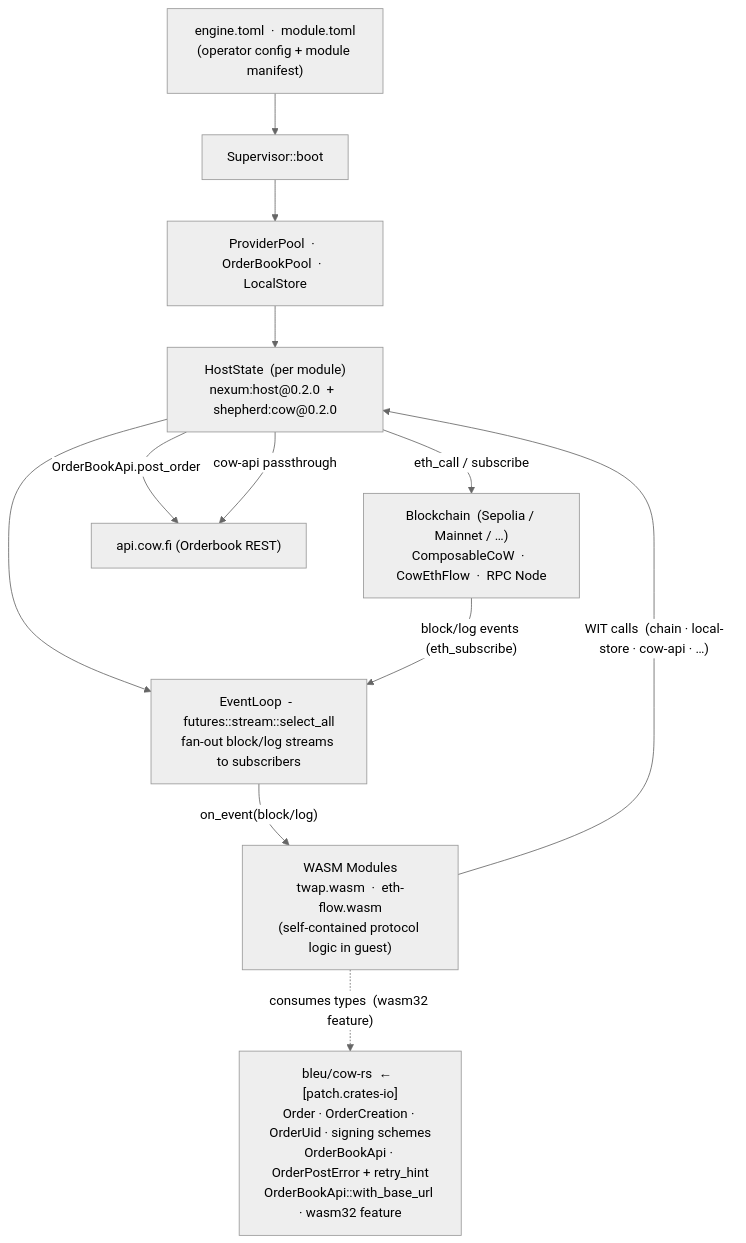
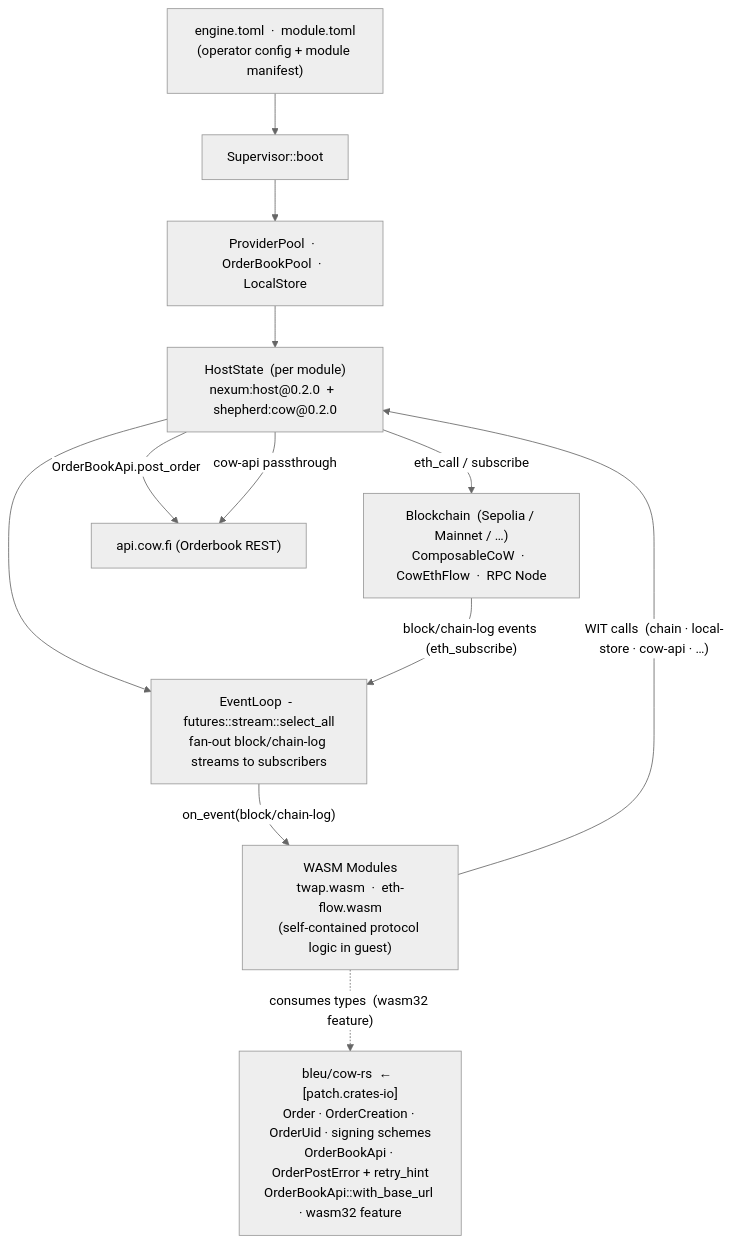
The first of 8 diagrams in docs/diagrams/diagrams.md (nullislabs/shepherd), drawn with Mermaid (neutral theme) before and after one commit. The commit also changed other lines of this file and 42 other files, not shown here.

First line of the commit message:
refactor(events): rename the eth log event to chain-log (#185)

````diff
--- a/docs/diagrams/diagrams.md
+++ b/docs/diagrams/diagrams.md
@@ -13,24 +13,24 @@
 ```mermaid
 graph TD
     ET["engine.toml  ·  module.toml\n(operator config + module manifest)"]
     SUP["Supervisor::boot"]
     POOLS["ProviderPool  ·  OrderBookPool  ·  LocalStore"]
     HS["HostState  (per module)\nnexum:host@0.2.0  +  shepherd:cow@0.2.0"]
-    EL["EventLoop  -  futures::stream::select_all\nfan-out block/log streams to subscribers"]
+    EL["EventLoop  -  futures::stream::select_all\nfan-out block/chain-log streams to subscribers"]
     MODS["WASM Modules\ntwap.wasm  ·  eth-flow.wasm\n(self-contained protocol logic in guest)"]
     BC["Blockchain  (Sepolia / Mainnet / …)\nComposableCoW  ·  CowEthFlow  ·  RPC Node"]
     CR["bleu/cow-rs  ←  [patch.crates-io]\nOrder · OrderCreation · OrderUid · signing schemes\nOrderBookApi · OrderPostError + retry_hint\nOrderBookApi::with_base_url · wasm32 feature"]
     OB["api.cow.fi  (Orderbook REST)"]
 
     ET --> SUP
     SUP --> POOLS
     POOLS --> HS
     HS --> EL
-    BC -->|"block/log events (eth_subscribe)"| EL
-    EL -->|"on_event(block/log)"| MODS
+    BC -->|"block/chain-log events (eth_subscribe)"| EL
+    EL -->|"on_event(block/chain-log)"| MODS
     MODS -->|"WIT calls  (chain · local-store · cow-api · …)"| HS
     MODS -.->|"consumes types  (wasm32 feature)"| CR
     HS -->|"eth_call / subscribe"| BC
     HS -->|"OrderBookApi.post_order"| OB
     HS -->|"cow-api passthrough"| OB
 ```
````
